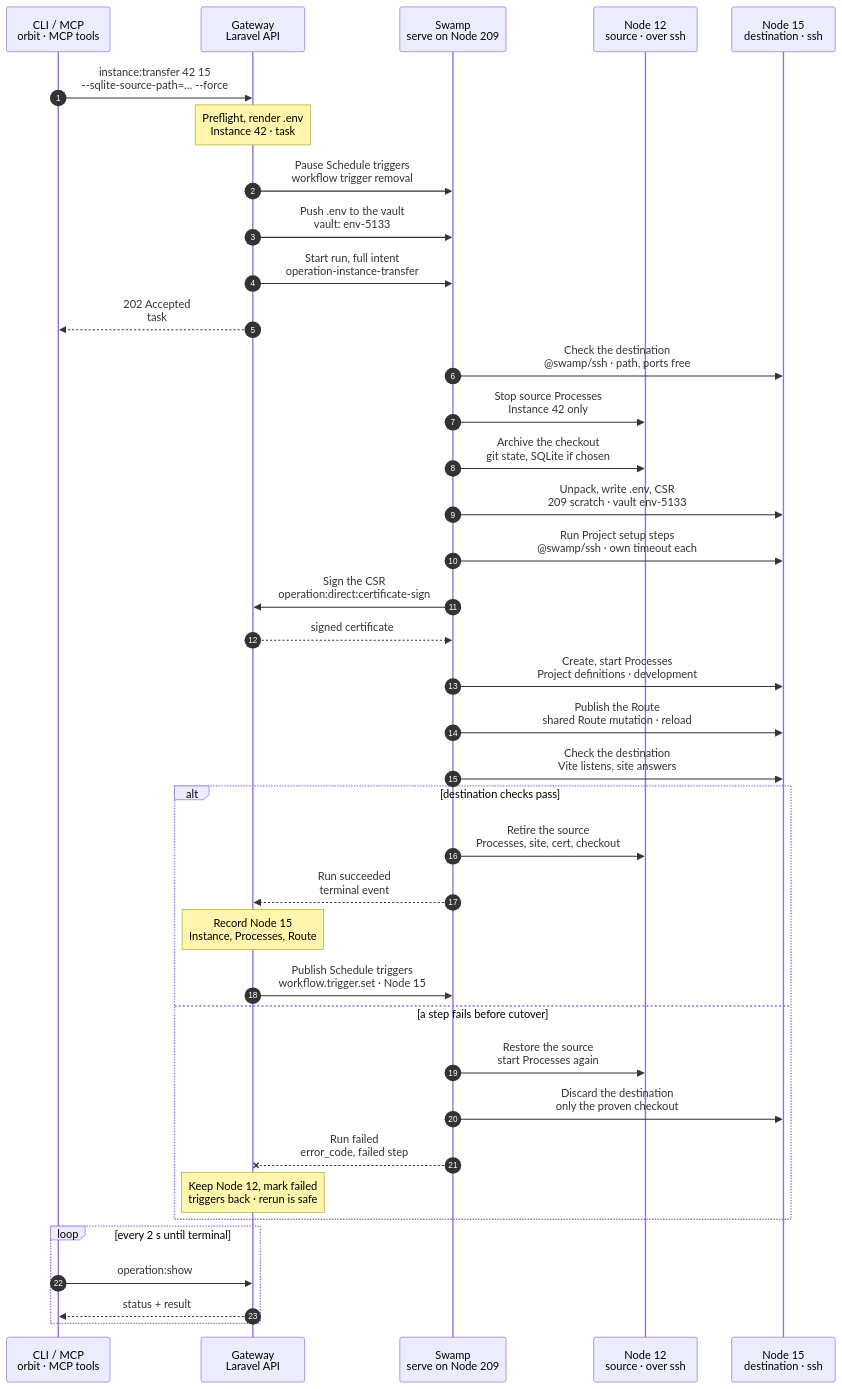
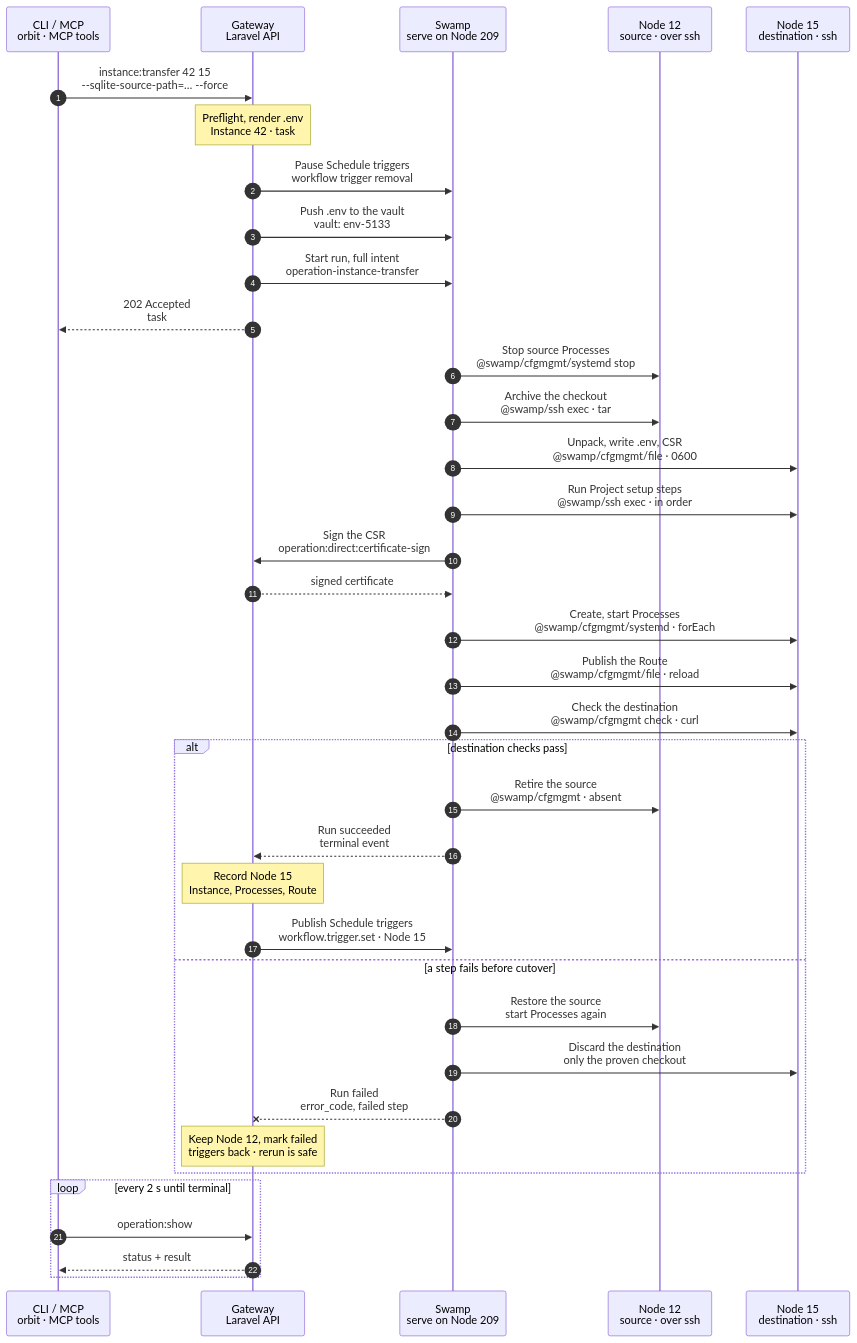
Before and after one commit to hardimpactdev/orbit: the diagram in docs/cli/instance/transfer.mmd, drawn with Mermaid.

Commit message:
docs(cli): tighten instance.transfer chart

```diff
--- a/docs/cli/instance/transfer.mmd
+++ b/docs/cli/instance/transfer.mmd
@@ -1,166 +1,168 @@
 sequenceDiagram
   %% Target design: ADR 0244 task + full intent as inputs, R1-R4, single-swamp-node; DECISIONS scope (SQLite only when chosen, Schedules move, cert from destination CSR in-run), 1 (signing is the one step→Gateway call), DNS hold retired (PR #2443); tightened by flow-tighten 2026-11-02 (rules 3, 6, 8, 13); .env and Processes as in instance.create. docs/reference/instance-transfer.md.
+  %% Tightened: flow-tighten 2026-11-02, rules 5, 17, 22 (destination preflight from recorded state; cfgmgmt file/systemd, Route publish as in route:create).
+  %% Decided: Nick 2026-11-02, .env.testing only for an owned MySQL/PostgreSQL database, written by the same file step.
   %% status: draft
   %% command: instance:transfer
   %% kind: instance.transfer
   autonumber
   %% lane CLI icon=terminal pill=caller tone=gray
   %% lane GW icon=gateway pill=intent tone=blue
   %% lane SW icon=workflow pill=executes tone=green
   %% lane S icon=server pill=target tone=amber
   %% lane D icon=server pill=target tone=purple
   participant CLI as CLI / MCP<br/>orbit · MCP tools
   participant GW as Gateway<br/>Laravel API
   participant SW as Swamp<br/>serve on Node 209
   participant S as Node 12<br/>source · over ssh
   participant D as Node 15<br/>destination · ssh
   CLI->>GW: instance:transfer 42 15<br/>--sqlite-source-path=… --force
   %%> Command:
   %%> - `orbit instance:transfer 42 15 --sqlite-source-path=/fast/apps/acme/feature/database/database.sqlite --force`
   %%> - syntax: `<instance> <node> [--name=NAME] [--sqlite-source-path=PATH] [--force] [--idempotency-key=KEY] [--json]`
   %%> What it does:
   %%> - moves development Instance 42 from Node 12 to Node 15; the Instance id and Project stay
   %%> Confirmation:
   %%> - without `--force`, the CLI asks for consent that names the source, destination and downtime; the default is No
   %%> - without a terminal, or with `--json`, `--force` is required
   %%> Options:
   %%> - `--name`: another Instance name on Node 15
   %%> - `--sqlite-source-path`: also copy this SQLite file; without it, no database file moves
   Note over GW: Preflight, render .env<br/>Instance 42 · task #5133
   %%> Requirements:
   %%> - your Node has access grants to Node 12 and Node 15
   %%> - both Nodes have the `app-dev` role and belong to active Clusters
-  %%> - Project 7 may be placed on Node 15, and the destination path is free
+  %%> - Project 7 may be placed on Node 15, and the destination path and planned ports are free, from Node 15's recorded Instances and Processes
   %%> - Instance 42 is an active development Instance with one active Route, and no removal runs
   %%> Plans:
   %%> - the Processes from Project 7's definitions for `development`, with Node 15's ports
   %%> - the Route on Node 15, and the Schedules' new target
   %%> Renders .env:
   %%> - from the stored environment of Instance 42, with Node 15 values such as `APP_URL`
+  %%> - `.env.testing` only when Instance 42 owns a database on a MySQL or PostgreSQL server: `.env` with `APP_ENV=testing` and the test database credentials
   %%> Result:
   %%> - Instance 42 marked transferring; task #5133 recorded with the full intent
   GW->>SW: Pause Schedule triggers<br/>workflow trigger removal
   %%> What it does:
   %%> - removes the native Swamp schedule trigger of each Schedule of Instance 42
   %%> - there is no Node work here; Schedules install nothing on Nodes
   %%> Why:
   %%> - no fire runs against Node 12 during the move
   GW->>SW: Push .env to the vault<br/>vault: env-5133
   %%> Why:
   %%> - `.env` can hold secrets, which travel only through the vault
   %%> Result:
   %%> - the run reads it with `vault.get`; no step asks the Gateway for it
   GW->>SW: Start run, full intent<br/>operation-instance-transfer
   %%> What it does:
   %%> - starts one run of `operation-instance-transfer` on Swamp serve (Node 209)
   %%> Inputs:
   %%> - both Nodes' addresses and SSH host keys; the SSH identity comes from the `swamp` role
   %%> - paths, Process plan, Route plan, SQLite path when chosen
   %%> - secrets only as vault key names
   GW-->>CLI: 202 Accepted<br/>task #5133
   %%> What you get:
   %%> - the task number, at once
   %%> Next:
   %%> - the CLI follows the task with `operation:show`
-  SW->>D: Check the destination<br/>@swamp/ssh · path, ports free
-  %%> What it does:
-  %%> - checks that the destination path is free and the planned ports are unused
-  %%> Why first:
-  %%> - Node 12 keeps running until Node 15 is known to be ready
-  SW->>S: Stop source Processes<br/>Instance 42 only
+  SW->>S: Stop source Processes<br/>@swamp/cfgmgmt/systemd stop
   %%> What it does:
   %%> - stops the Processes of Instance 42 on Node 12; downtime starts here
   %%> Keeps:
   %%> - the Process units, for a restore if the move fails
-  SW->>S: Archive the checkout<br/>git state, SQLite if chosen
+  SW->>S: Archive the checkout<br/>@swamp/ssh exec · tar
   %%> What it does:
   %%> - packs the Git history, branch, origin, index, unstaged edits and untracked files
   %%> - adds the SQLite file only when `--sqlite-source-path` was given
   %%> Not included:
   %%> - `.env`; the Gateway rendered a new one for Node 15
   %%> Linked worktree:
   %%> - becomes an independent checkout on Node 15; the common repository on Node 12 stays unchanged
-  SW->>D: Unpack, write .env, CSR<br/>209 scratch · vault env-5133
+  SW->>D: Unpack, write .env, CSR<br/>@swamp/cfgmgmt/file · 0600
   %%> How:
   %%> - copies the archive over `@swamp/ssh` through private scratch space on 209, and checks its hash
   %%> What it does:
-  %%> - extracts it into the destination path, as Node 15's managed user
-  %%> - writes the rendered `.env` from the vault into the checkout, readable only by its owner
+  %%> - extracts it into the destination path, as Node 15's managed user, with one `tar` argv
+  %%> - writes the rendered `.env` from `vault.get env-5133` with `@swamp/cfgmgmt/file`, mode 0600, owned by the managed user
+  %%> - writes any `.env.testing` in the same `file` step, replacing its content; a Git-tracked one stays untouched
   %%> - creates a private key and a certificate signing request for the Route's domain; the key never leaves Node 15
   %%> Refuses:
   %%> - paths or links that escape the checkout
   %%> Cleanup:
   %%> - removes the scratch archives on all three Nodes
-  SW->>D: Run Project setup steps<br/>@swamp/ssh · own timeout each
+  SW->>D: Run Project setup steps<br/>@swamp/ssh exec · in order
   %%> What it does:
   %%> - runs the Project's setup steps, as in `instance:create`, so dependencies match Node 15
   %%> Typical steps:
   %%> - `composer install`, `vp install`, `php artisan migrate`
   SW->>GW: Sign the CSR<br/>operation:direct:certificate-sign
   %%> Why a call to the Gateway:
   %%> - only the Gateway holds the Orbit CA key
   %%> - this is the one call a step may make to the Gateway (decision 1)
   GW-->>SW: signed certificate
   %%> Returns:
   %%> - the certificate for the CSR, scoped to task #5133
-  SW->>D: Create, start Processes<br/>Project definitions · development
+  SW->>D: Create, start Processes<br/>@swamp/cfgmgmt/systemd · forEach
   %%> What it does:
   %%> - creates the Instance's Processes on Node 15 from Project 7's definitions for `development`, and starts them
   %%> - Processes recorded as stopped stay stopped
-  SW->>D: Publish the Route<br/>shared Route mutation · reload
+  SW->>D: Publish the Route<br/>@swamp/cfgmgmt/file · reload
   %%> What it does:
-  %%> - installs the certificate, the Caddy site and the PHP pool on Node 15 through the shared Route mutation, and reloads Caddy; no restart
+  %%> - installs the certificate, the Caddy site and the PHP pool on Node 15 in one step, as `route:create` does, and reloads Caddy; no restart
   %%> - changes private DNS only when the domain is outside the Cluster TLD; a domain inside it needs no record
   %%> Why last:
   %%> - Node 15 becomes reachable only after its Processes run
   %%> Cutover:
   %%> - from here Node 15 serves Instance 42
-  SW->>D: Check the destination<br/>Vite listens, site answers
+  SW->>D: Check the destination<br/>@swamp/cfgmgmt check · curl
   %%> What it does:
-  %%> - checks that the Processes run and the Route answers on Node 15
+  %%> - the systemd behaviors' `check`: the Processes run on Node 15
+  %%> - one `curl` with the Route's domain as SNI: the site answers
+  %%> Why:
+  %%> - the one end check before the source is retired
   alt destination checks pass
-    SW->>S: Retire the source<br/>Processes, site, cert, checkout
+    SW->>S: Retire the source<br/>@swamp/cfgmgmt · absent
     %%> What it does:
-    %%> - removes the Process units, Caddy site, PHP pool and certificate of Instance 42 on Node 12, and reloads Caddy
-    %%> - deletes only the checkout whose identity the run captured
+    %%> - removes the Process units, Caddy site, PHP pool and certificate of Instance 42 on Node 12 with `ensure: absent`, and reloads Caddy
+    %%> - deletes the recorded checkout with one `rm -rf` argv
     %%> If it fails:
-    %%> - Node 15 stays authoritative; the leftovers on Node 12 are reported for repair
+    %%> - best effort: Node 15 stays authoritative; the leftovers on Node 12 are harmless and a rerun removes them
     SW-->>GW: Run succeeded<br/>terminal event
     %%> How the Gateway learns it:
     %%> - its shared run reader sees the terminal event; Swamp never calls the Gateway
     Note over GW: Record Node 15<br/>Instance, Processes, Route
     %%> Result:
     %%> - Instance 42, its Processes and its Route are recorded on Node 15, in one change
     %%> - task #5133 succeeds
     GW->>SW: Publish Schedule triggers<br/>workflow.trigger.set · Node 15
     %%> What it does:
     %%> - sets each Schedule's trigger again, now with Node 15 as its target
     %%> Result:
     %%> - the Schedules have moved; their next fire runs on Node 15
   else a step fails before cutover
     SW->>S: Restore the source<br/>start Processes again
     %%> What it does:
     %%> - starts the Processes of Instance 42 on Node 12 again; the source is untouched otherwise
     SW->>D: Discard the destination<br/>only the proven checkout
     %%> What it does:
     %%> - removes what the run created on Node 15, and only that
     %%> If cleanup fails:
     %%> - the leftovers stay visible as a failure; nothing unproven is deleted
     SW--xGW: Run failed<br/>error_code, failed step
     %%> The Gateway reads:
     %%> - which step failed and its error code
     Note over GW: Keep Node 12, mark failed<br/>triggers back · rerun is safe
     %%> Result:
     %%> - Instance 42 stays on Node 12, active again; task #5133 fails
     %%> - the Gateway sets the Schedule triggers again for Node 12
     %%> Retry:
     %%> - run the same command again; it is a new task
   end
   loop every 2 s until terminal
     CLI->>GW: operation:show #5133
     %%> What it does:
     %%> - asks for the task's status every 2 seconds until it has ended
     GW-->>CLI: status + result
     %%> Returns:
     %%> - the current status, and the result once the task has ended
   end
```
